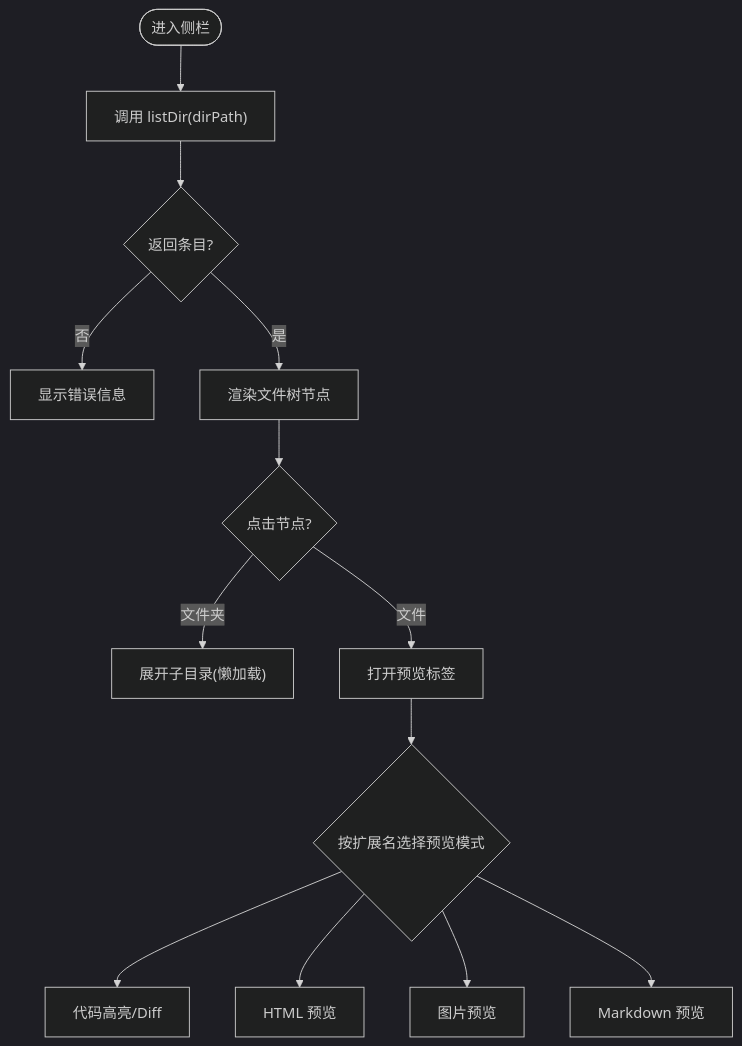
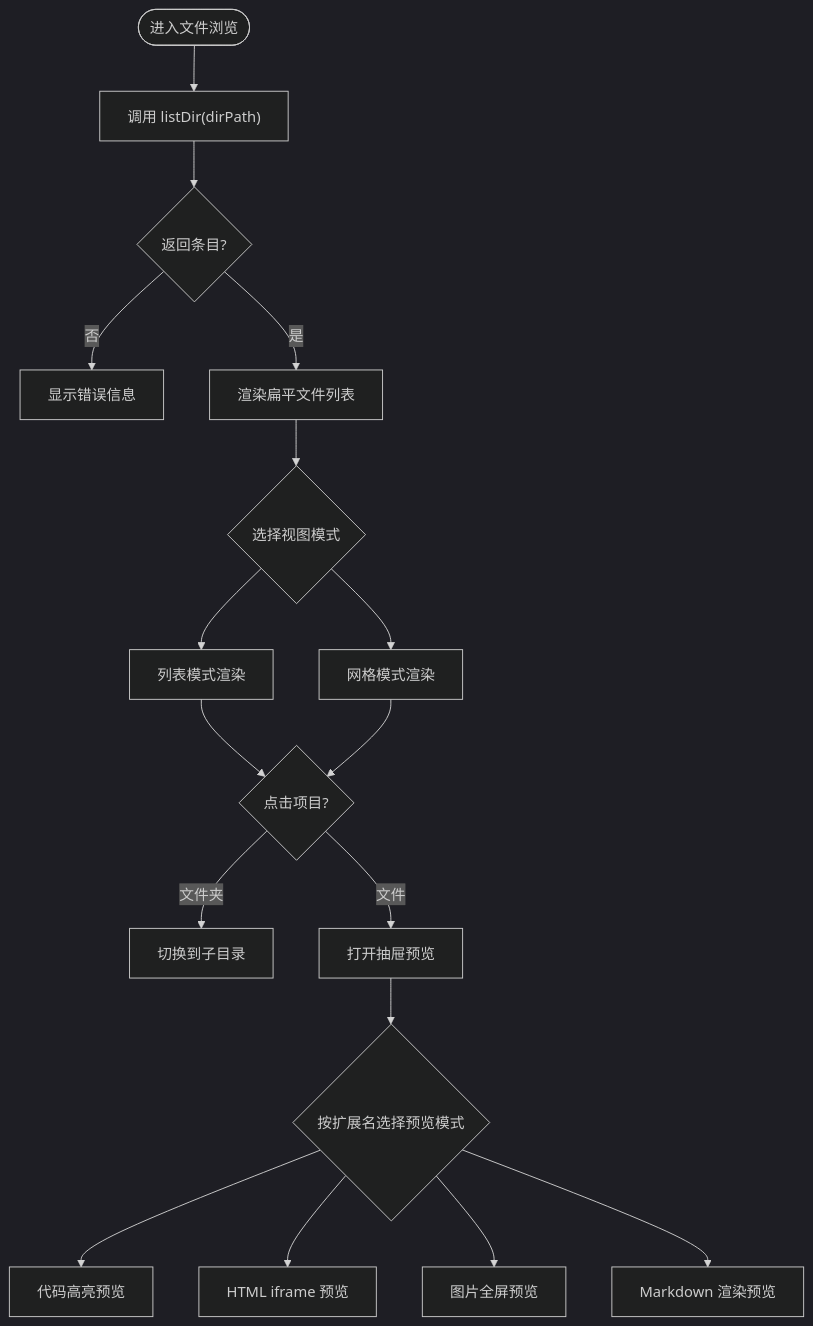
One commit to swond-Mao/Tiffa changed the third of 5 diagrams in .qoder/repowiki/zh/content/用户界面/界面组件/文件浏览器.md. Above: the diagram before and after it, drawn with Mermaid (dark theme). The commit also changed other lines of this file and 73 other files, not shown here.

First line of the commit message:
feat: Tiffa 品牌图标 + Computer Use v2 + WebP 静默崩修复

````diff
--- a/.qoder/repowiki/zh/content/用户界面/界面组件/文件浏览器.md
+++ b/.qoder/repowiki/zh/content/用户界面/界面组件/文件浏览器.md
@@ -126,15 +145,19 @@
 ```mermaid
 flowchart TD
-Start(["进入侧栏"]) --> Load["调用 listDir(dirPath)"]
+Start(["进入文件浏览"]) --> Load["调用 listDir(dirPath)"]
 Load --> Entries{"返回条目?"}
 Entries --> |否| Error["显示错误信息"]
-Entries --> |是| Render["渲染文件树节点"]
-Render --> ClickNode{"点击节点?"}
-ClickNode --> |文件夹| Expand["展开子目录(懒加载)"]
-ClickNode --> |文件| Preview["打开预览标签"]
-Preview --> Mode{"按扩展名选择预览模式"}
-Mode --> Code["代码高亮/Diff"]
-Mode --> HTML["HTML 预览"]
-Mode --> Image["图片预览"]
-Mode --> MD["Markdown 预览"]
+Entries --> |是| Render["渲染扁平文件列表"]
+Render --> ViewMode{"选择视图模式"}
+ViewMode --> List["列表模式渲染"]
+ViewMode --> Grid["网格模式渲染"]
+List --> ClickItem{"点击项目?"}
+Grid --> ClickItem
+ClickItem --> |文件夹| Navigate["切换到子目录"]
+ClickItem --> |文件| Preview["打开抽屉预览"]
+Preview --> Type{"按扩展名选择预览模式"}
+Type --> Code["代码高亮预览"]
+Type --> HTML["HTML iframe 预览"]
+Type --> Image["图片全屏预览"]
+Type --> MD["Markdown 渲染预览"]
 ```
````
